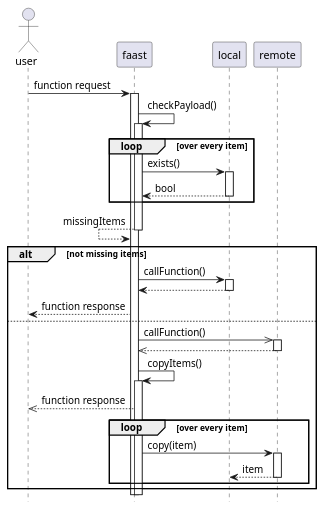
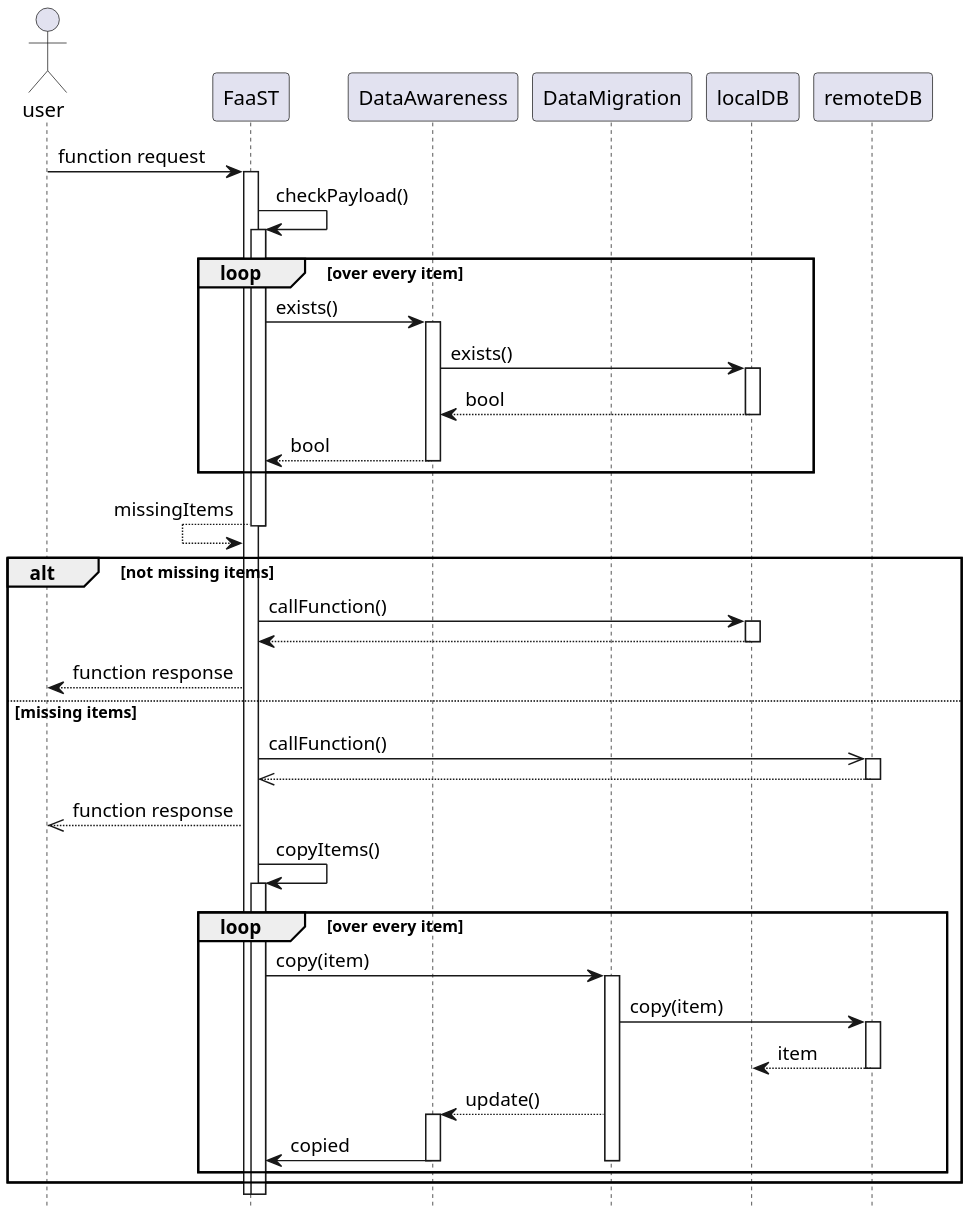
Before and after one commit to possani/FaaST: the diagram in sequence_diagrams/dafs_flow.puml, drawn with PlantUML.

```diff
--- a/sequence_diagrams/dafs_flow.puml
+++ b/sequence_diagrams/dafs_flow.puml
@@ -1,46 +1,64 @@
 @startuml
-
+scale 2400*1600
 hide footbox
 
 actor user as u
-participant faast as f
-participant local as l
-participant remote as r
+participant FaaST as f
+participant DataAwareness as da
+participant DataMigration as dm
+participant localDB as l
+participant remoteDB as r
 
 u -> f: function request
 activate f
 
 f -> f: checkPayload()
 activate f
 loop over every item
-    f -> l: exists()
+    f -> da: exists()
+    activate da
+    da -> l: exists()
     activate l
-    f <-- l: bool
+    da <-- l: bool
     deactivate l
+
+    f <-- da: bool
+    deactivate da
 end
 f <-- f: missingItems
 deactivate f
 
 alt not missing items
     f -> l: callFunction()
     activate l
     f <-- l:
     deactivate l
     u <-- f: function response
-else 
+else missing items
     f ->> r: callFunction()
     activate r
     f <<-- r:
     deactivate r
+    u <<-- f: function response
     f -> f: copyItems()
     activate f
-    u <<-- f: function response
+    
     loop over every item
-        f -> r: copy(item)
+        f -> dm: copy(item)
+        activate dm
+        dm -> r: copy(item)
         activate r
         l <-- r: item
         deactivate r
+
+        da <-- dm: update()
+
+        activate da
+        da -> f: copied
+        deactivate da
+
+        deactivate dm
     end
 end
 
 @enduml
```
